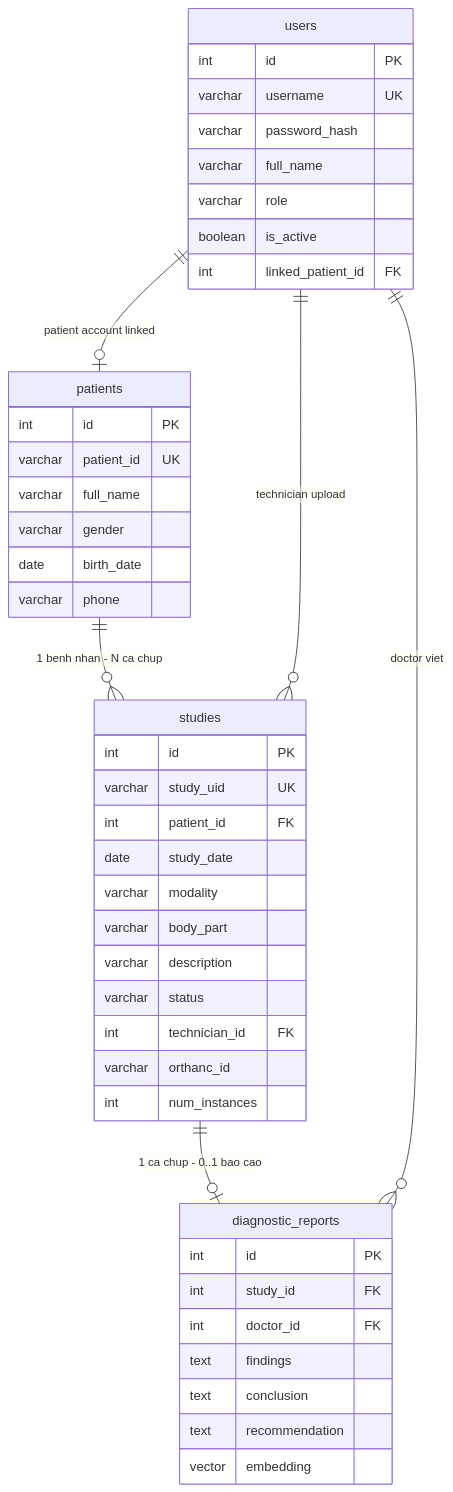
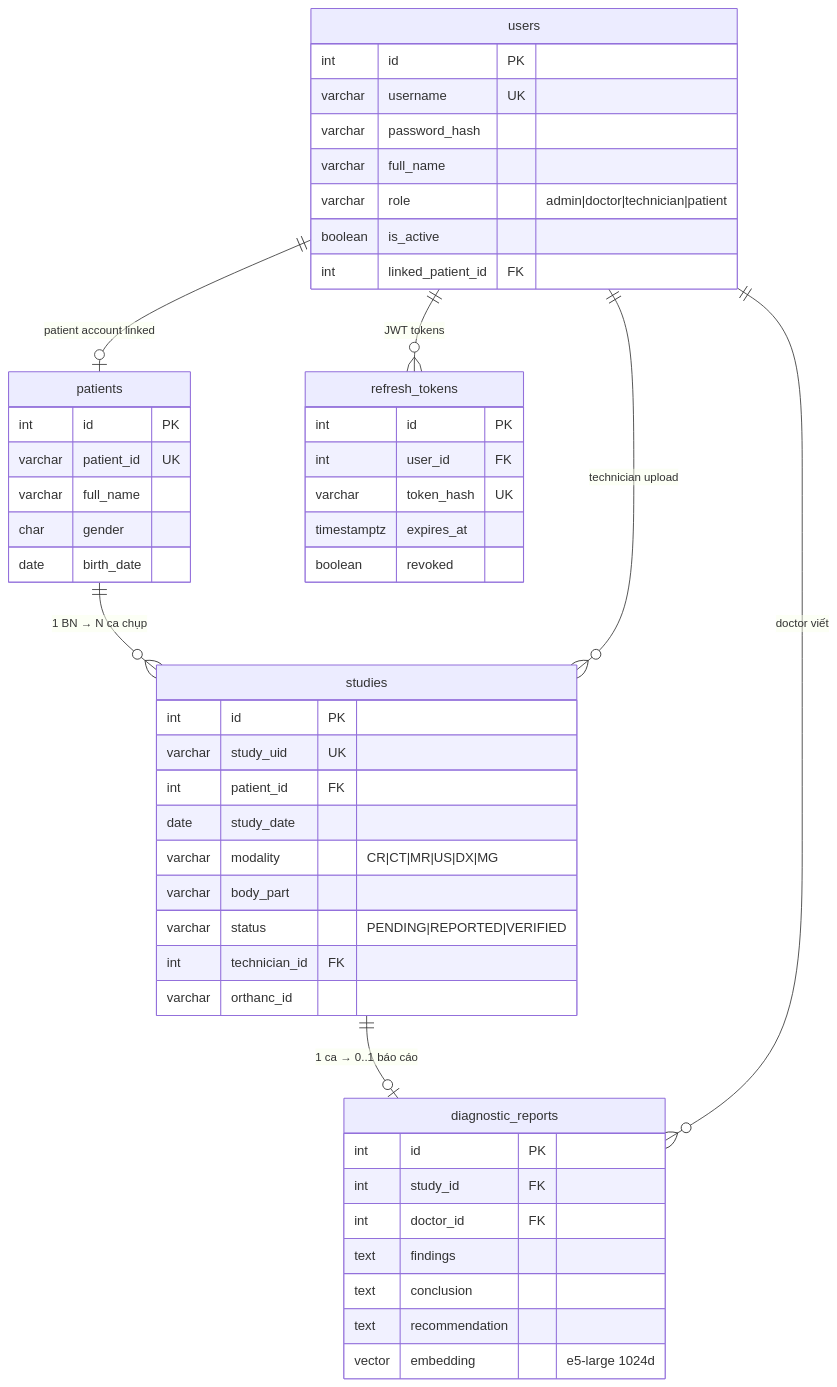
One commit to HoangDLongg/pacs-long changed the third of 4 diagrams in README.md. Above: the diagram before and after it, drawn with Mermaid. The commit also changed other lines of this file and 10 other files, not shown here.

````diff
--- a/README.md
+++ b/README.md
@@ -133,51 +125,57 @@
 ```mermaid
 erDiagram
-    patients ||--o{ studies : "1 benh nhan - N ca chup"
-    studies ||--o| diagnostic_reports : "1 ca chup - 0..1 bao cao"
+    patients ||--o{ studies : "1 BN → N ca chụp"
+    studies ||--o| diagnostic_reports : "1 ca → 0..1 báo cáo"
     users ||--o{ studies : "technician upload"
-    users ||--o{ diagnostic_reports : "doctor viet"
+    users ||--o{ diagnostic_reports : "doctor viết"
     users ||--o| patients : "patient account linked"
+    users ||--o{ refresh_tokens : "JWT tokens"
 
     patients {
         int id PK
         varchar patient_id UK
         varchar full_name
-        varchar gender
+        char gender
         date birth_date
-        varchar phone
     }
 
     users {
         int id PK
         varchar username UK
         varchar password_hash
         varchar full_name
-        varchar role
+        varchar role "admin|doctor|technician|patient"
         boolean is_active
         int linked_patient_id FK
     }
 
     studies {
         int id PK
         varchar study_uid UK
         int patient_id FK
         date study_date
-        varchar modality
+        varchar modality "CR|CT|MR|US|DX|MG"
         varchar body_part
-        varchar description
-        varchar status
+        varchar status "PENDING|REPORTED|VERIFIED"
         int technician_id FK
         varchar orthanc_id
-        int num_instances
     }
 
     diagnostic_reports {
         int id PK
         int study_id FK
         int doctor_id FK
         text findings
         text conclusion
         text recommendation
-        vector embedding
+        vector embedding "e5-large 1024d"
+    }
+
+    refresh_tokens {
+        int id PK
+        int user_id FK
+        varchar token_hash UK
+        timestamptz expires_at
+        boolean revoked
     }
 ```
````
